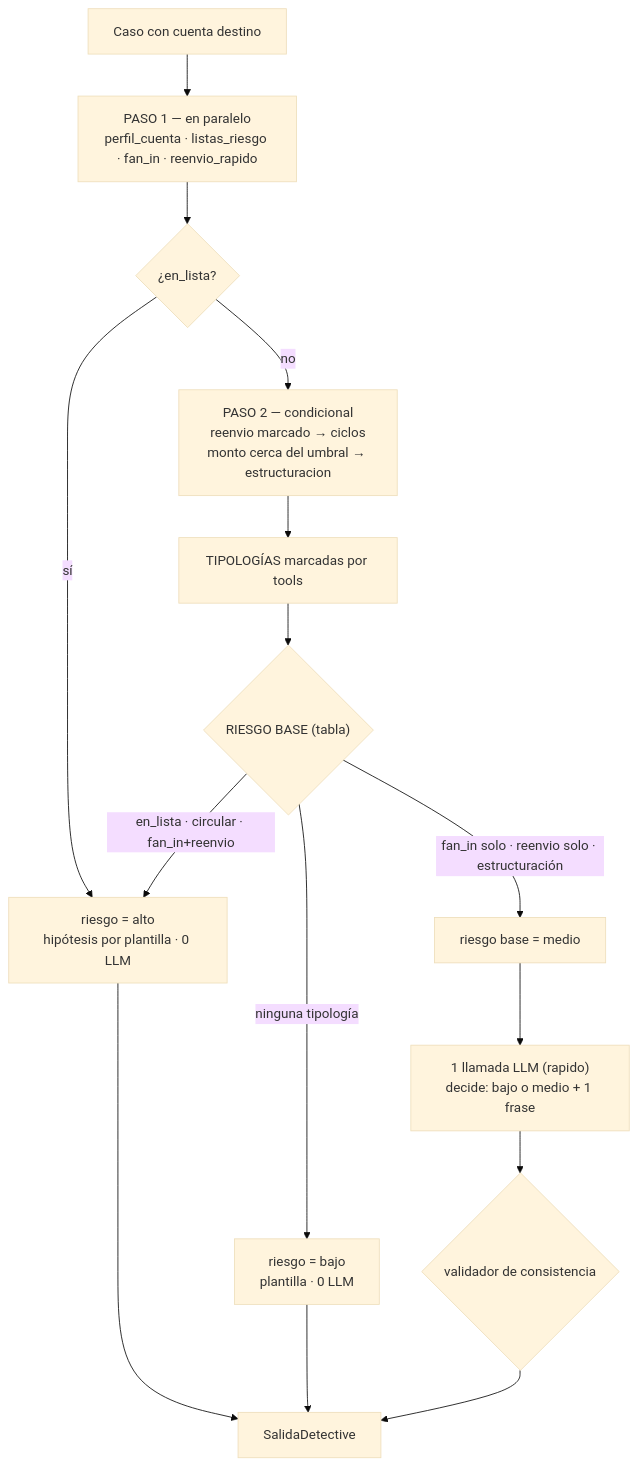
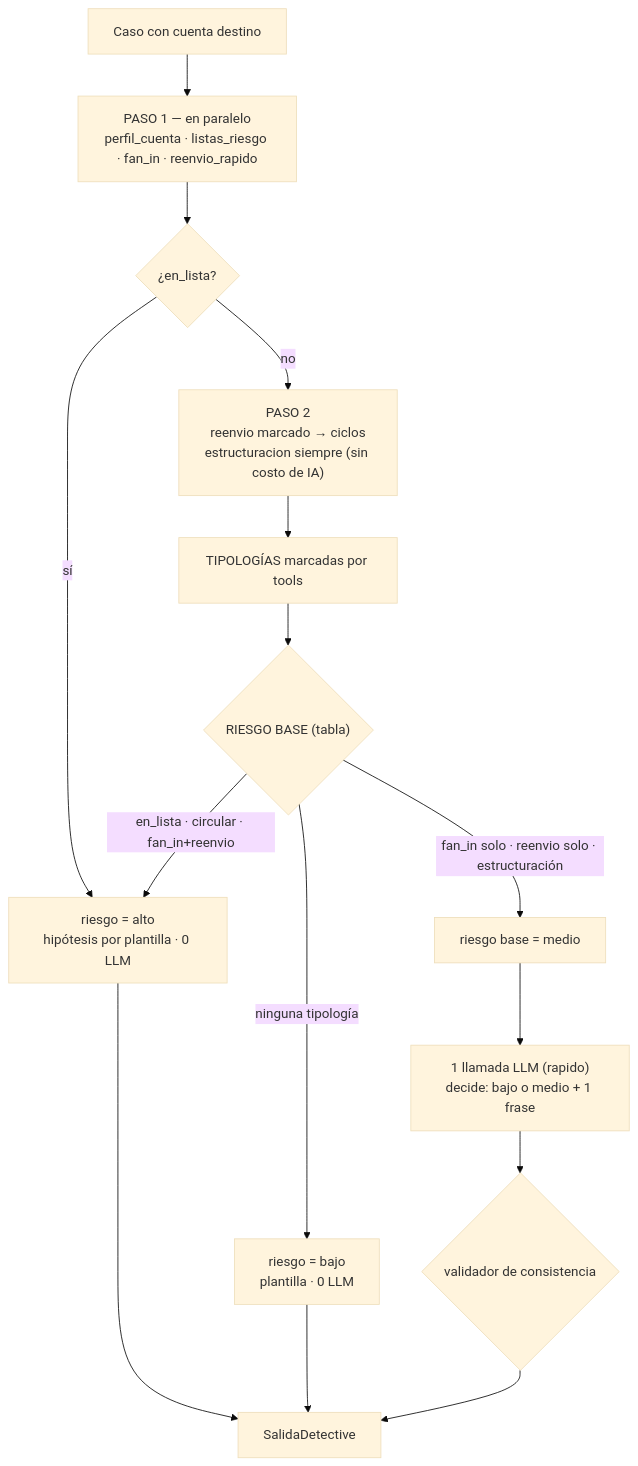
Before and after one commit to cuevaio/hta-team_0x1718-devmondoss: the second of 4 diagrams in docs/context/tony_dev/AGENT_PLAYBOOKS.md, drawn with Mermaid (base theme). The commit also changed other lines of this file and 11 other files, not shown here.

````diff
--- a/docs/context/tony_dev/AGENT_PLAYBOOKS.md
+++ b/docs/context/tony_dev/AGENT_PLAYBOOKS.md
@@ -74,17 +74,17 @@
 ```mermaid
 flowchart TD
     S["Caso con cuenta destino"] --> P1["PASO 1 — en paralelo<br/>perfil_cuenta · listas_riesgo · fan_in · reenvio_rapido"]
     P1 --> L{"¿en_lista?"}
     L -->|sí| ALTO
-    L -->|no| P2["PASO 2 — condicional<br/>reenvio marcado → ciclos<br/>monto cerca del umbral → estructuracion"]
+    L -->|no| P2["PASO 2<br/>reenvio marcado → ciclos<br/>estructuracion siempre (sin costo de IA)"]
     P2 --> T["TIPOLOGÍAS marcadas por tools"]
     T --> B{"RIESGO BASE (tabla)"}
     B -->|"en_lista · circular · fan_in+reenvio"| ALTO["riesgo = alto<br/>hipótesis por plantilla · 0 LLM"]
     B -->|"ninguna tipología"| BAJO["riesgo = bajo<br/>plantilla · 0 LLM"]
     B -->|"fan_in solo · reenvio solo · estructuración"| MED["riesgo base = medio"]
     MED --> LLM["1 llamada LLM (rapido)<br/>decide: bajo o medio + 1 frase"]
     LLM --> CK{"validador de consistencia"}
     ALTO --> OUT
     BAJO --> OUT
     CK --> OUT["SalidaDetective"]
 ```
````
